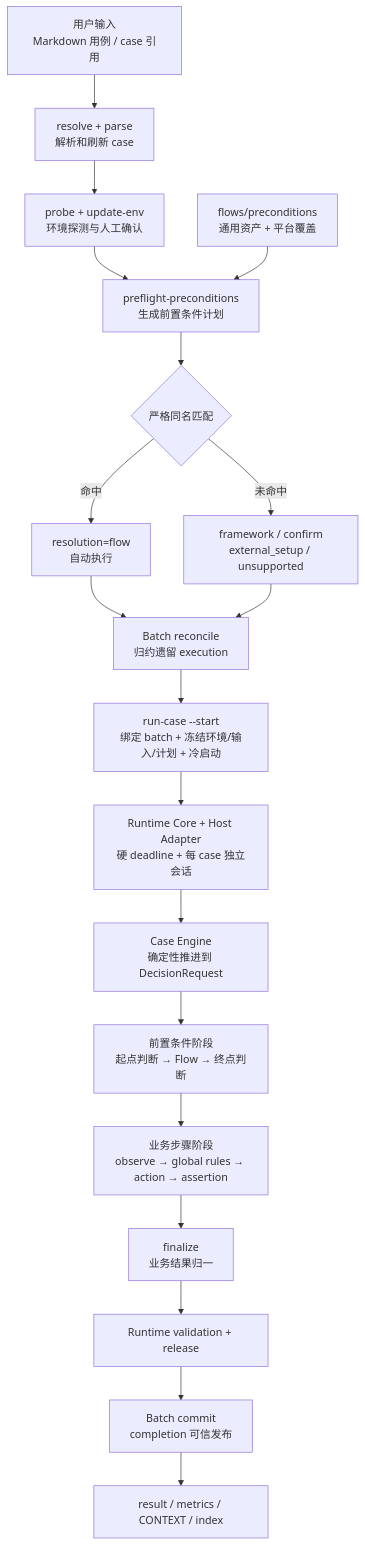
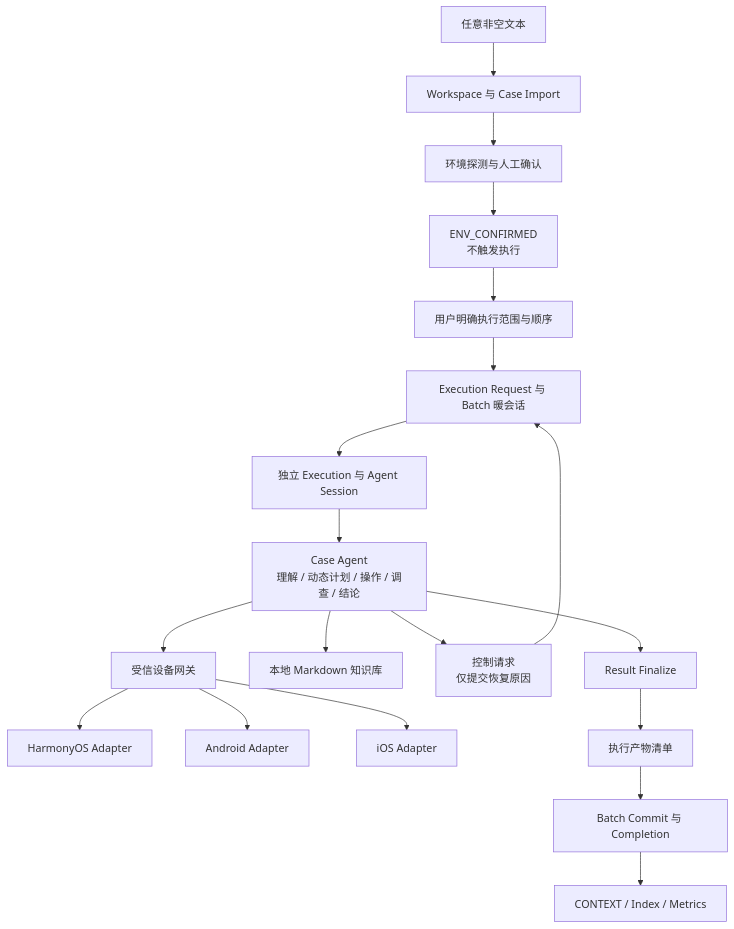
Before and after one commit to lianghuihui-plus/DevKit: the first of 3 diagrams in skills/mobile-ai-visual-test/docs/architecture.md, drawn with Mermaid. The commit also changed other lines of this file and 194 other files, not shown here.

````diff
--- a/skills/mobile-ai-visual-test/docs/architecture.md
+++ b/skills/mobile-ai-visual-test/docs/architecture.md
@@ -7,21 +18,21 @@
 ```mermaid
 flowchart TD
-  U["用户输入<br/>Markdown 用例 / case 引用"] --> R["resolve + parse<br/>解析和刷新 case"]
-  R --> E["probe + update-env<br/>环境探测与人工确认"]
-  E --> P["preflight-preconditions<br/>生成前置条件计划"]
-  F["flows/preconditions<br/>通用资产 + 平台覆盖"] --> P
-  P --> M{"严格同名匹配"}
-  M -->|命中| PF["resolution=flow<br/>自动执行"]
-  M -->|未命中| PM["framework / confirm<br/>external_setup / unsupported"]
-  PF --> B["Batch reconcile<br/>归约遗留 execution"]
-  PM --> B
-  B --> S["run-case --start<br/>绑定 batch + 冻结环境/输入/计划 + 冷启动"]
-  S --> AR["Runtime Core + Host Adapter<br/>硬 deadline + 每 case 独立会话"]
-  AR --> CE["Case Engine<br/>确定性推进到 DecisionRequest"]
-  CE --> C["前置条件阶段<br/>起点判断 → Flow → 终点判断"]
-  C --> T["业务步骤阶段<br/>observe → global rules → action → assertion"]
-  T --> Z["finalize<br/>业务结果归一"]
-  Z --> V["Runtime validation + release"]
-  V --> PUBLISH["Batch commit<br/>completion 可信发布"]
-  PUBLISH --> O["result / metrics / CONTEXT / index"]
+  U["任意非空文本"] --> W["Workspace 与 Case Import"]
+  W --> P["环境探测与人工确认"]
+  P --> E["ENV_CONFIRMED<br/>不触发执行"]
+  E --> Q["用户明确执行范围与顺序"]
+  Q --> B["Execution Request 与 Batch 暖会话"]
+  B --> X["独立 Execution 与 Agent Session"]
+  X --> A["Case Agent<br/>理解 / 动态计划 / 操作 / 调查 / 结论"]
+  A --> G["受信设备网关"]
+  G --> H["HarmonyOS Adapter"]
+  G --> D["Android Adapter"]
+  G --> I["iOS Adapter"]
+  A --> K["本地 Markdown 知识库"]
+  A --> Y["控制请求<br/>仅提交恢复原因"]
+  Y --> B
+  A --> F["Result Finalize"]
+  F --> L["执行产物清单"]
+  L --> C["Batch Commit 与 Completion"]
+  C --> R["CONTEXT / Index / Metrics"]
 ```
````
